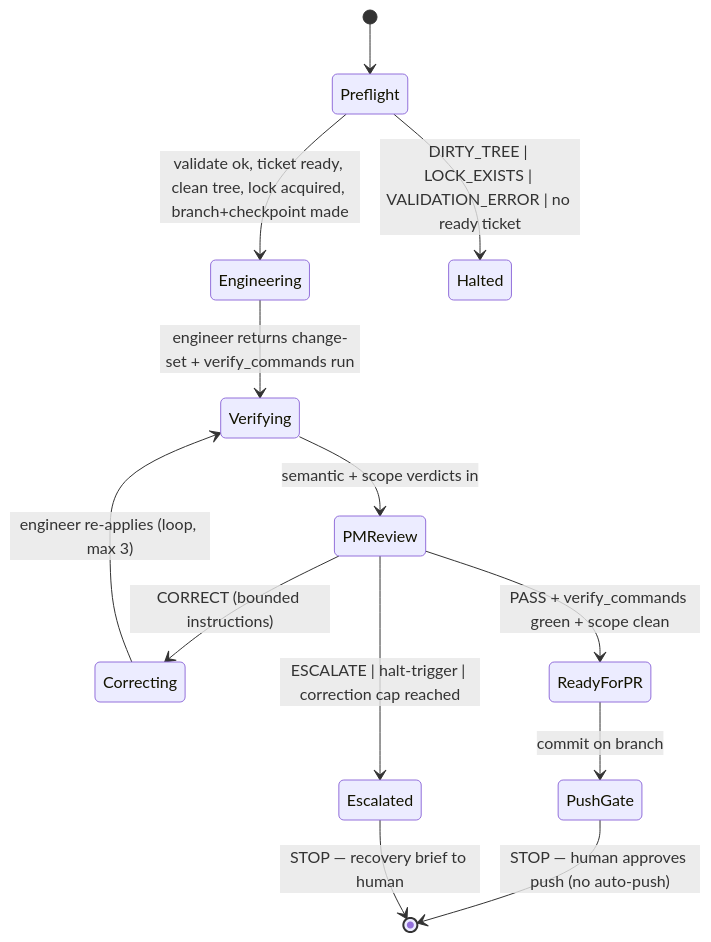
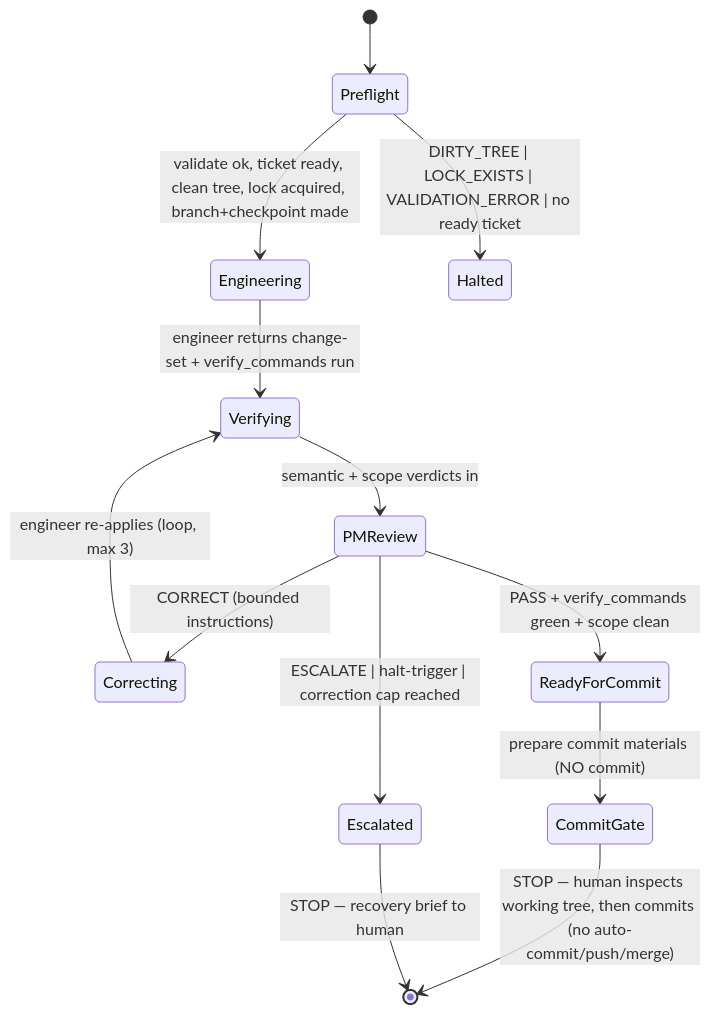
Before and after one commit to dsj7419/forge-gate: the diagram in docs/one-ticket-orchestration-design.md, drawn with Mermaid. The commit also changed other lines of this file and 5 other files, not shown here.

Commit message:
feat(agents): output schemas + parser/validator (AGENT_OUTPUT_INVALID), design amendments for first live run

````diff
--- a/docs/one-ticket-orchestration-design.md
+++ b/docs/one-ticket-orchestration-design.md
@@ -72,15 +88,15 @@
 ```mermaid
 stateDiagram-v2
     [*] --> Preflight
     Preflight --> Engineering: validate ok, ticket ready, clean tree, lock acquired, branch+checkpoint made
     Preflight --> Halted: DIRTY_TREE | LOCK_EXISTS | VALIDATION_ERROR | no ready ticket
     Engineering --> Verifying: engineer returns change-set + verify_commands run
     Verifying --> PMReview: semantic + scope verdicts in
     PMReview --> Correcting: CORRECT (bounded instructions)
     Correcting --> Verifying: engineer re-applies (loop, max 3)
-    PMReview --> ReadyForPR: PASS + verify_commands green + scope clean
+    PMReview --> ReadyForCommit: PASS + verify_commands green + scope clean
     PMReview --> Escalated: ESCALATE | halt-trigger | correction cap reached
-    ReadyForPR --> PushGate: commit on branch
-    PushGate --> [*]: STOP — human approves push (no auto-push)
+    ReadyForCommit --> CommitGate: prepare commit materials (NO commit)
+    CommitGate --> [*]: STOP — human inspects working tree, then commits (no auto-commit/push/merge)
     Escalated --> [*]: STOP — recovery brief to human
 ```
````
